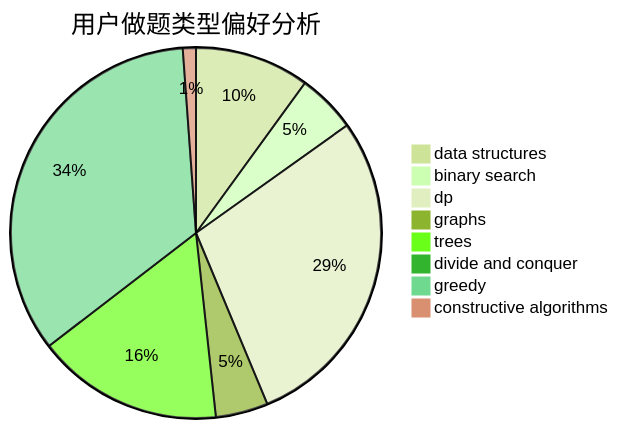
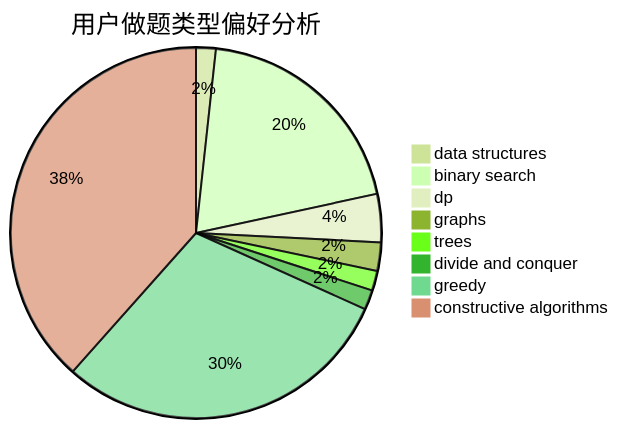
The second of 3 diagrams in docs/user/u2329.md (sherpahu/cfrs.github.io), drawn with Mermaid (forest theme) before and after one commit. The commit also changed other lines of this file and 2770 other files, not shown here.

````diff
--- a/docs/user/u2329.md
+++ b/docs/user/u2329.md
@@ -23,11 +23,11 @@
 ```mermaid
 pie title 用户做题类型偏好分析
-    "data structures" :  35
-    "binary search" :  18
-    "dp" :  100
-    "graphs" :  16
-    "trees" :  57
-    "divide and conquer" :  0
-    "greedy" :  120
-    "constructive algorithms" :  4
+    "data structures" :  9
+    "binary search" :  104
+    "dp" :  22
+    "graphs" :  13
+    "trees" :  9
+    "divide and conquer" :  9
+    "greedy" :  156
+    "constructive algorithms" :  201
 ```
````
